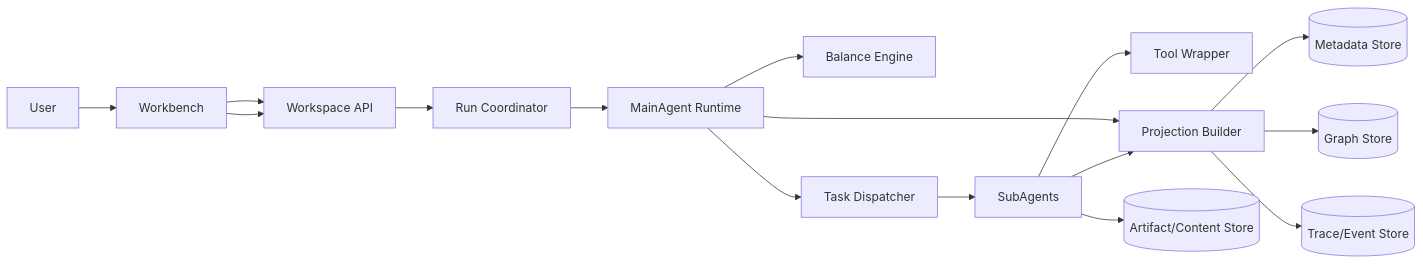
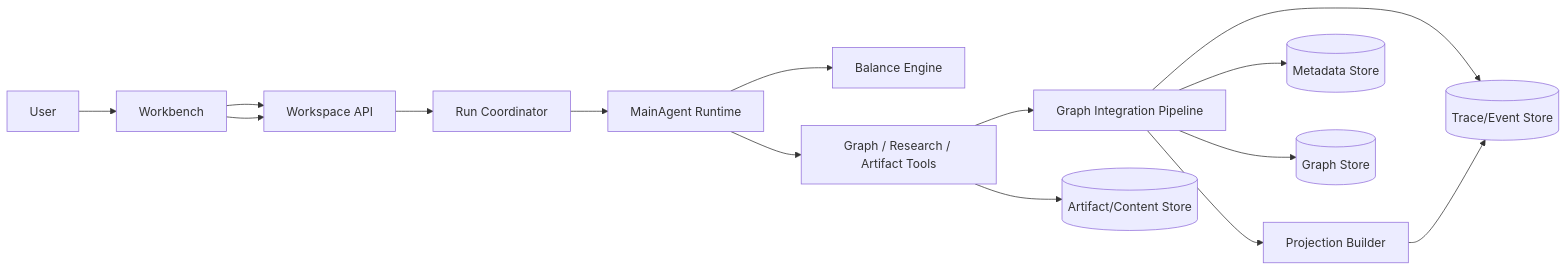
The diagram in docs/superpowers/specs/idea-factory-system-architecture.md (cv70/IdeaFactory), drawn with Mermaid before and after one commit. The commit also changed other lines of this file and 39 other files, not shown here.

Commit message:
feat(exploration): move graph growth to agent runtime

````diff
--- a/docs/superpowers/specs/idea-factory-system-architecture.md
+++ b/docs/superpowers/specs/idea-factory-system-architecture.md
@@ -23,33 +23,31 @@
 ```mermaid
 flowchart LR
     User[User]
     WB[Workbench]
     API[Workspace API]
     COORD[Run Coordinator]
     MAIN[MainAgent Runtime]
     BAL[Balance Engine]
-    DISP[Task Dispatcher]
-    SUB[SubAgents]
-    TW[Tool Wrapper]
+    TOOLS[Graph / Research / Artifact Tools]
+    INTEG[Graph Integration Pipeline]
     PROJ[Projection Builder]
     META[(Metadata Store)]
     GRAPH[(Graph Store)]
     TRACE[(Trace/Event Store)]
     OBJ[(Artifact/Content Store)]
 
     User --> WB
     WB --> API
     API --> COORD
     COORD --> MAIN
     MAIN --> BAL
-    MAIN --> DISP
-    DISP --> SUB
-    SUB --> TW
-    MAIN --> PROJ
-    SUB --> PROJ
-    PROJ --> META
-    PROJ --> GRAPH
+    MAIN --> TOOLS
+    TOOLS --> INTEG
+    TOOLS --> OBJ
+    INTEG --> GRAPH
+    INTEG --> META
+    INTEG --> TRACE
+    INTEG --> PROJ
     PROJ --> TRACE
-    SUB --> OBJ
     WB --> API
 ```
````
